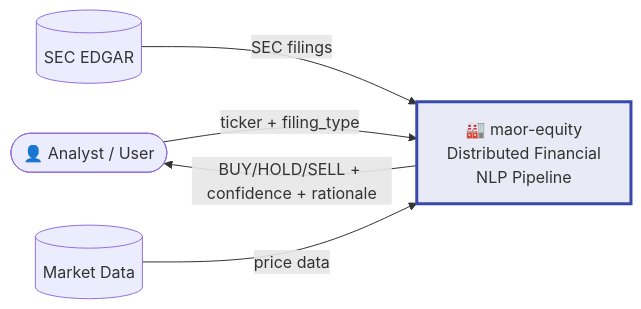
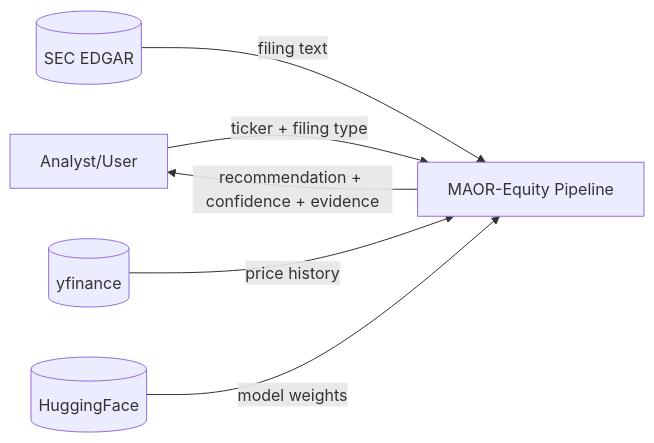
One commit to Shahoud867/maor-equity changed the first of 2 diagrams in diagrams/03_data_flow_diagram.md. Above: the diagram before and after it, drawn with Mermaid. The commit also changed other lines of this file and 4 other files, not shown here.

Commit message:
Update markdown diagram sources

````diff
--- a/diagrams/03_data_flow_diagram.md
+++ b/diagrams/03_data_flow_diagram.md
@@ -66,14 +10,8 @@
 ```mermaid
 flowchart LR
-    USER(["👤 Analyst / User"])
-    SYS["🏭 maor-equity\nDistributed Financial\nNLP Pipeline"]
-    SEC[("SEC EDGAR")]
-    MKT[("Market Data")]
-
-    USER -->|"ticker + filing_type"| SYS
-    SYS -->|"BUY/HOLD/SELL + confidence + rationale"| USER
-    SEC -->|"SEC filings"| SYS
-    MKT -->|"price data"| SYS
-
-    style SYS fill:#e8eaf6,stroke:#3949ab,stroke-width:3px
+    U[Analyst/User] -->|ticker + filing type| SYS[MAOR-Equity Pipeline]
+    SYS -->|recommendation + confidence + evidence| U
+    SEC[(SEC EDGAR)] -->|filing text| SYS
+    YF[(yfinance)] -->|price history| SYS
+    HF[(HuggingFace)] -->|model weights| SYS
 ```
````
